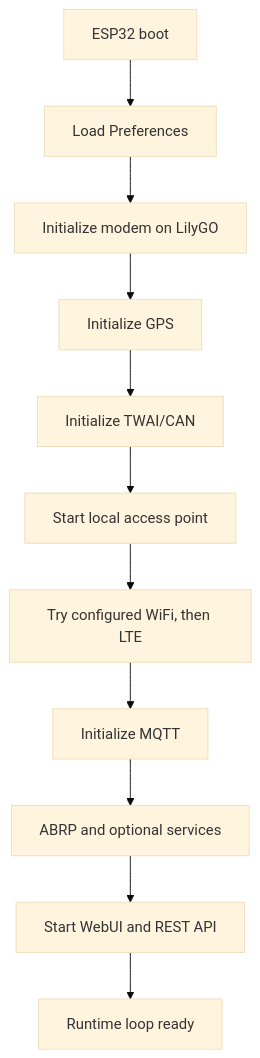
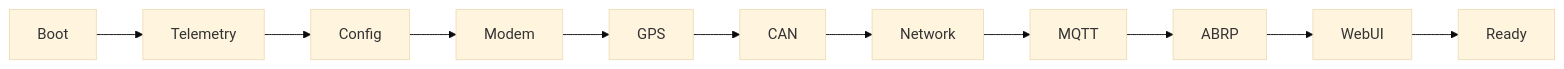
The second of 3 diagrams in docs/firmware/architecture.md (MM1834/microlino-open-telemetry), drawn with Mermaid (base theme) before and after one commit. The commit also changed other lines of this file and 20 other files, not shown here.

````diff
--- a/docs/firmware/architecture.md
+++ b/docs/firmware/architecture.md
@@ -5,13 +16,4 @@
 ```mermaid
-flowchart TD
-    Boot[ESP32 boot] --> Config[Load Preferences]
-    Config --> Modem[Initialize modem on LilyGO]
-    Modem --> GPS[Initialize GPS]
-    GPS --> CAN[Initialize TWAI/CAN]
-    CAN --> AP[Start local access point]
-    AP --> Network[Try configured WiFi, then LTE]
-    Network --> MQTT[Initialize MQTT]
-    MQTT --> Services[ABRP and optional services]
-    Services --> WebUI[Start WebUI and REST API]
-    WebUI --> Ready[Runtime loop ready]
+flowchart LR
+    Boot --> Telemetry --> Config --> Modem --> GPS --> CAN --> Network --> MQTT --> ABRP --> WebUI --> Ready
 ```
````
